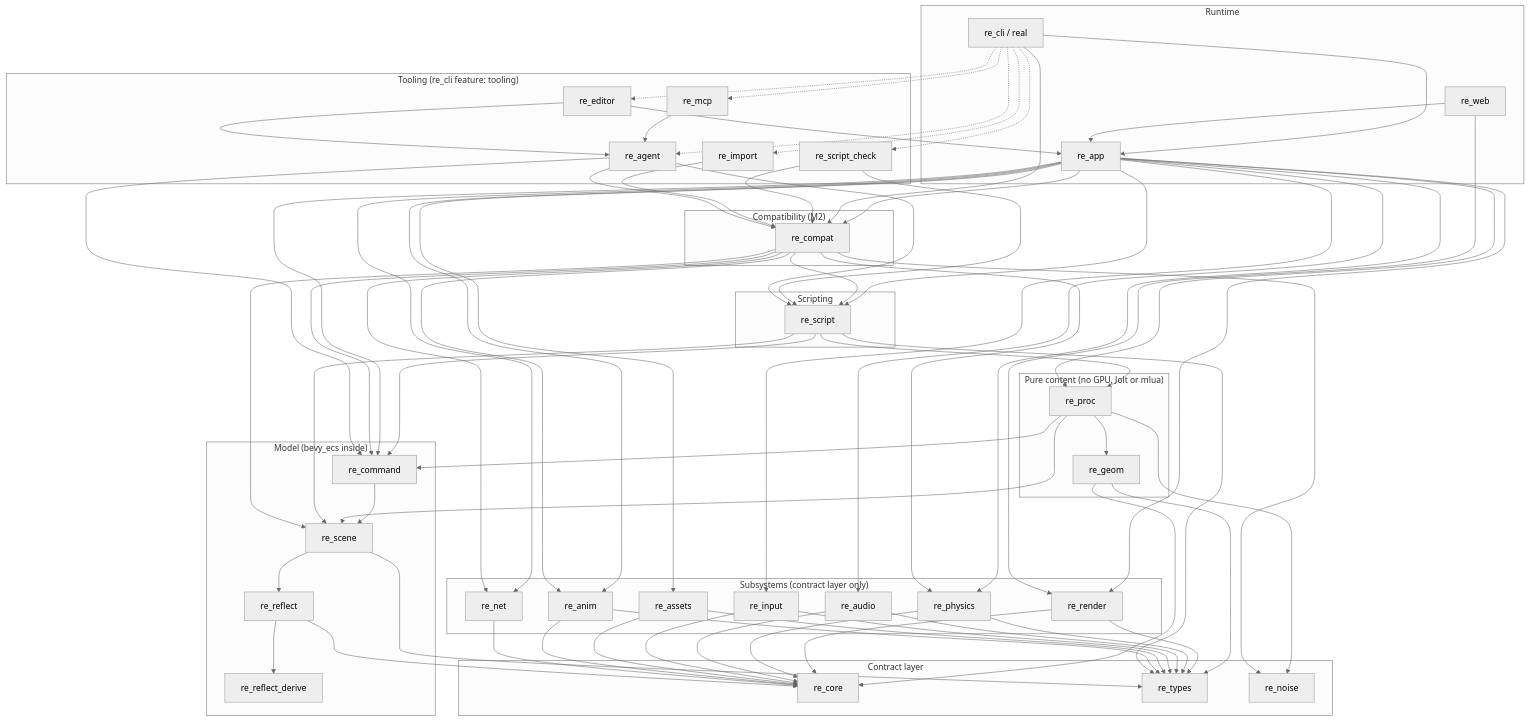
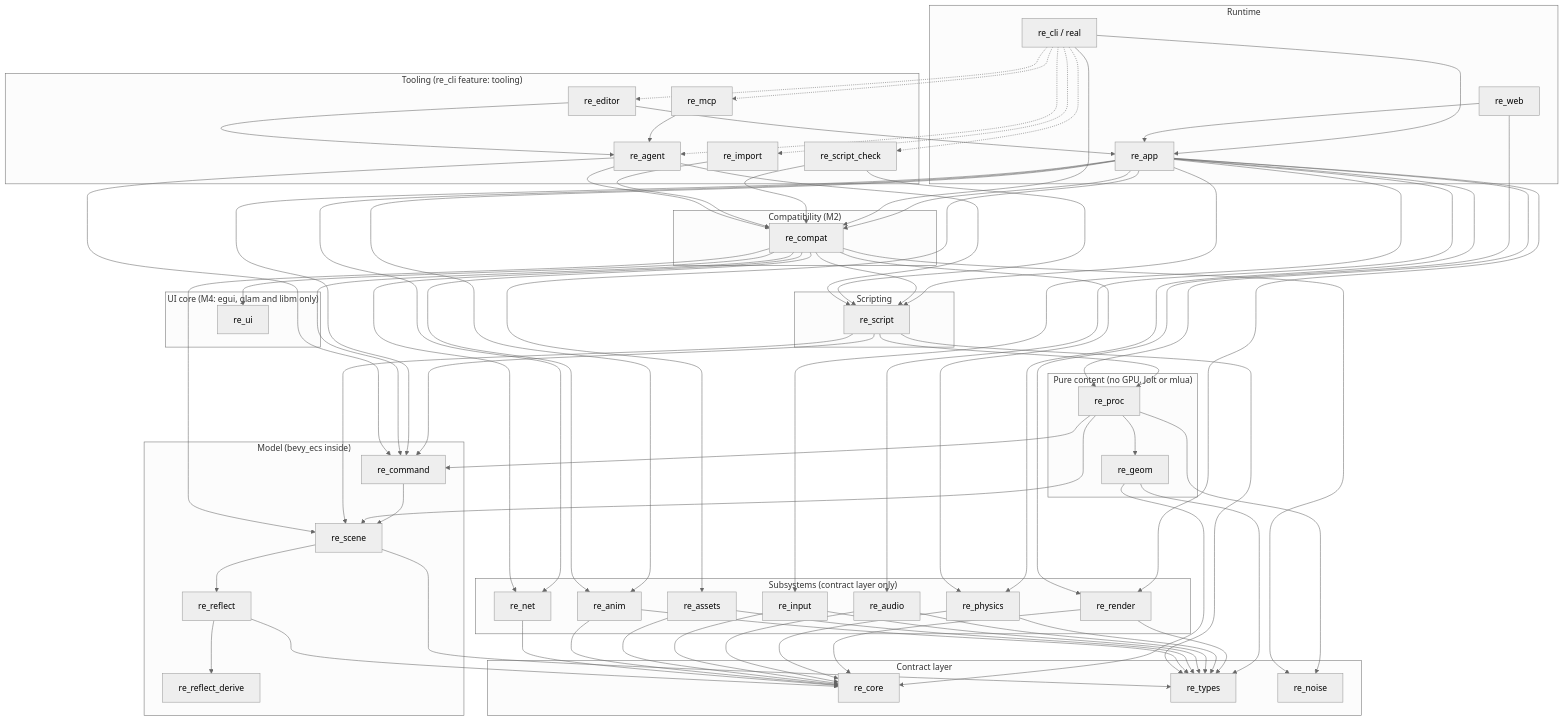
Before and after one commit to dullyontop/real-engine: the diagram in docs/ARCHITECTURE.md, drawn with Mermaid (neutral theme). The commit also changed other lines of this file and 72 other files, not shown here.

First line of the commit message:
WP36 "core": the UI core, re_ui, with the compat GUI on it (#208)

```diff
--- a/docs/ARCHITECTURE.md
+++ b/docs/ARCHITECTURE.md
@@ -70,6 +70,10 @@
     net[re_net] --> core
   end
 
+  subgraph "UI core (M4: egui, glam and libm only)"
+    ui[re_ui]
+  end
+
   subgraph Scripting
     script[re_script] --> command
     script --> scene
@@ -101,6 +105,7 @@
     compat --> physics
     compat --> noise
     compat --> net
+    compat --> ui
     app --> compat
     cli --> compat
   end
```
